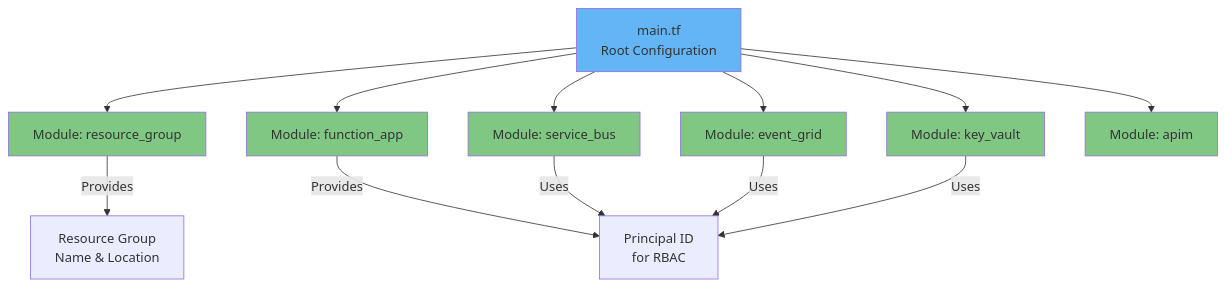
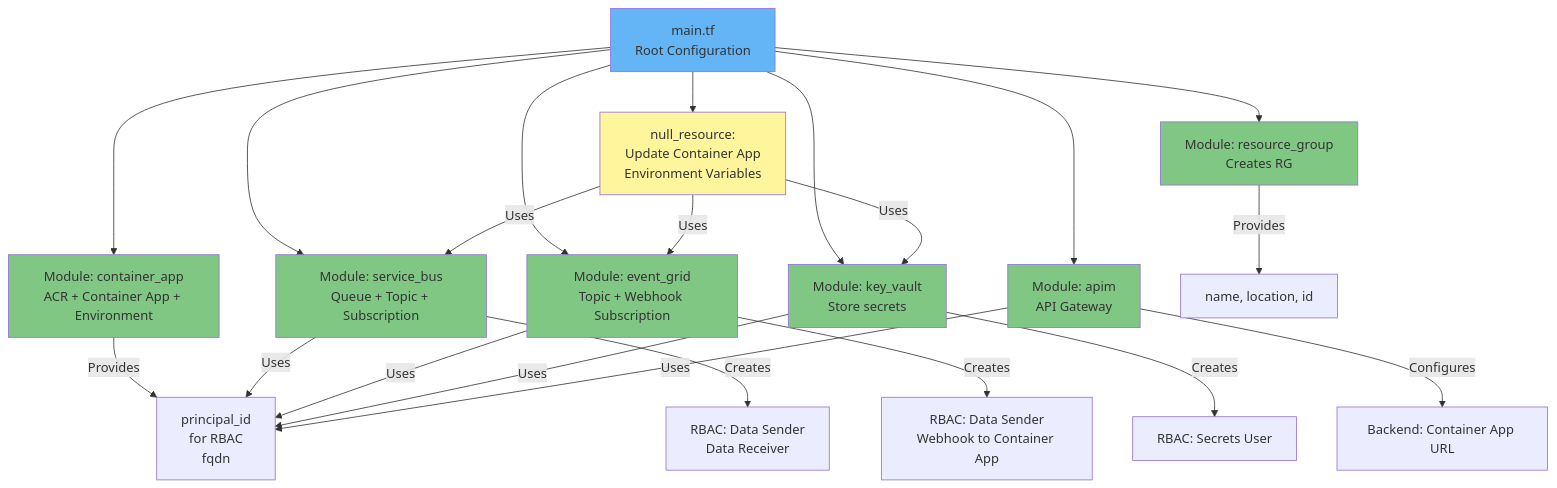
One commit to vksolanki/azure-containerapp-eventdriven-demo changed the sixth of 6 diagrams in ARCHITECTURE.md. Above: the diagram before and after it, drawn with Mermaid. The commit also changed other lines of this file, not shown here.

````diff
--- a/ARCHITECTURE.md
+++ b/ARCHITECTURE.md
@@ -174,25 +227,40 @@
 ```mermaid
 graph TB
     Root[main.tf<br/>Root Configuration]
     
-    Root --> RG[Module: resource_group]
-    Root --> FA[Module: function_app]
-    Root --> SB[Module: service_bus]
-    Root --> EG[Module: event_grid]
-    Root --> KV[Module: key_vault]
-    Root --> APIM[Module: apim]
+    Root --> RG[Module: resource_group<br/>Creates RG]
+    Root --> CA[Module: container_app<br/>ACR + Container App + Environment]
+    Root --> SB[Module: service_bus<br/>Queue + Topic + Subscription]
+    Root --> EG[Module: event_grid<br/>Topic + Webhook Subscription]
+    Root --> KV[Module: key_vault<br/>Store secrets]
+    Root --> APIM[Module: apim<br/>API Gateway]
     
-    RG --> |Provides| RGOut[Resource Group<br/>Name & Location]
-    FA --> |Provides| FAOut[Principal ID<br/>for RBAC]
-    SB --> |Uses| FAOut
-    EG --> |Uses| FAOut
-    KV --> |Uses| FAOut
+    RG --> |Provides| RGOut[name, location, id]
+    CA --> |Provides| CAOut[principal_id<br/>for RBAC<br/>fqdn]
+    
+    SB --> |Uses| CAOut
+    SB --> |Creates| RBAC1[RBAC: Data Sender<br/>Data Receiver]
+    
+    EG --> |Uses| CAOut
+    EG --> |Creates| RBAC2[RBAC: Data Sender<br/>Webhook to Container App]
+    
+    KV --> |Uses| CAOut
+    KV --> |Creates| RBAC3[RBAC: Secrets User]
+    
+    APIM --> |Uses| CAOut
+    APIM --> |Configures| Backend[Backend: Container App URL]
+    
+    Root --> EnvVars[null_resource:<br/>Update Container App<br/>Environment Variables]
+    EnvVars --> |Uses| SB
+    EnvVars --> |Uses| EG
+    EnvVars --> |Uses| KV
     
     style Root fill:#64b5f6
     style RG fill:#81c784
-    style FA fill:#81c784
+    style CA fill:#81c784
     style SB fill:#81c784
     style EG fill:#81c784
     style KV fill:#81c784
     style APIM fill:#81c784
+    style EnvVars fill:#fff59d
 ```
````
